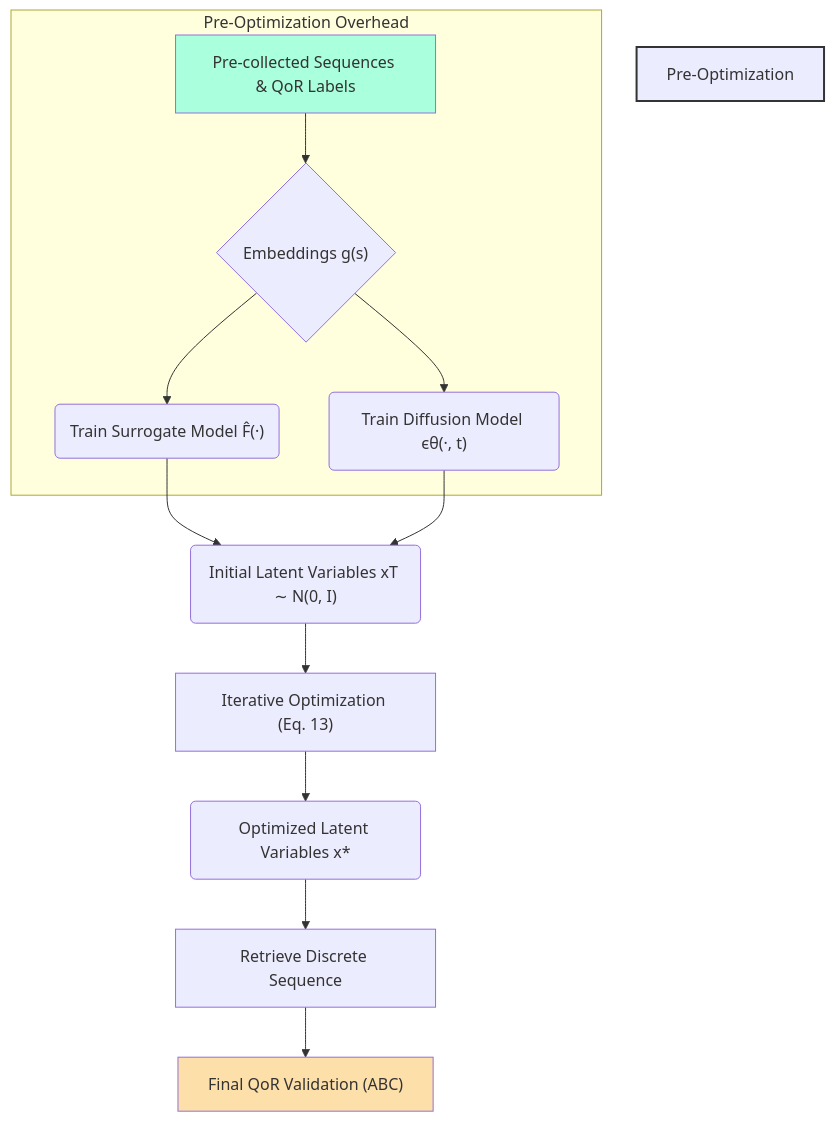
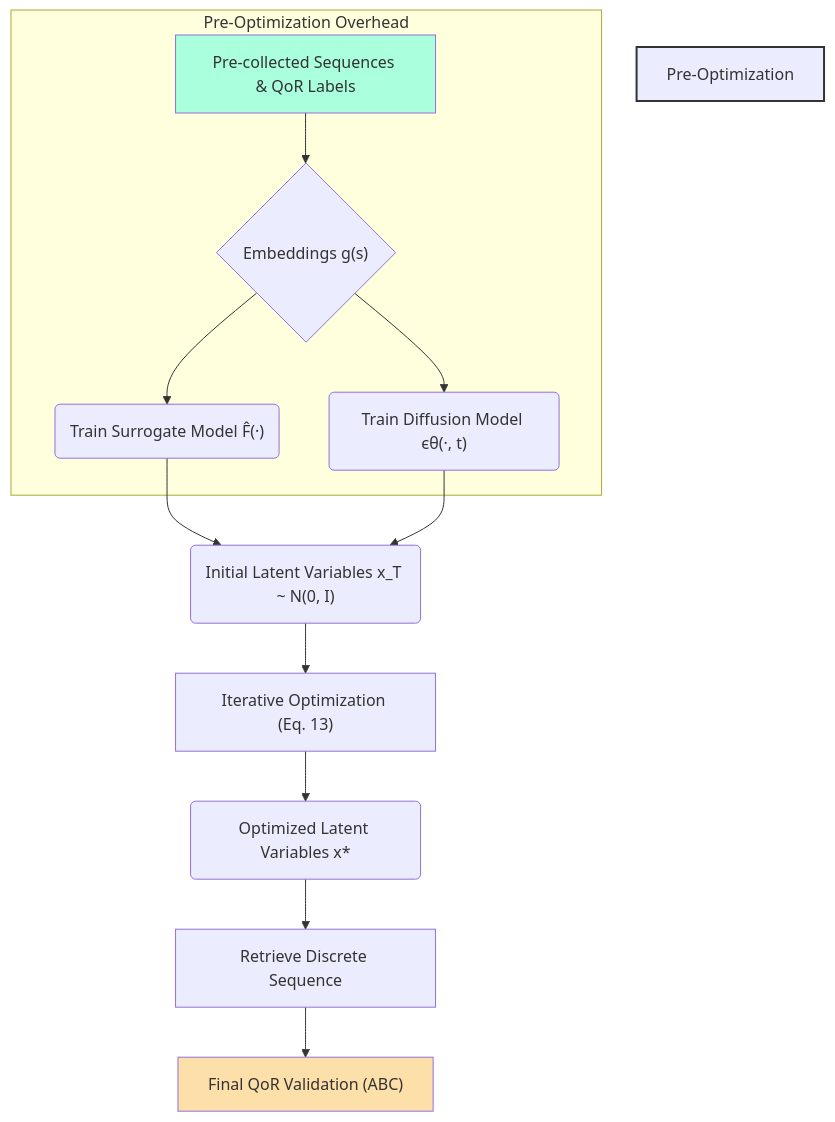
The first of 2 diagrams in idea/logic_optim.md (luk036/luk036.github.io), drawn with Mermaid before and after one commit. The commit also changed other lines of this file and 12 other files, not shown here.

````diff
--- a/idea/logic_optim.md
+++ b/idea/logic_optim.md
@@ -69,22 +69,22 @@
 ```mermaid
 graph TD
     A[Pre-collected Sequences & QoR Labels] --> B{"Embeddings g(s)"};
     B --> C("Train Surrogate Model F̂(·)");
     B --> D("Train Diffusion Model ϵθ(·, t)");
-    C & D --> E("Initial Latent Variables xT ∼ N(0, I)");
+    C & D -->     E("Initial Latent Variables x_T ~ N(0, I)");
     E --> F["Iterative Optimization (Eq. 13)"];
     F --> G(Optimized Latent Variables x*);
     G --> H[Retrieve Discrete Sequence];
     H --> I["Final QoR Validation (ABC)"];
 
     subgraph Pre-Optimization Overhead
         A
         B
         C
         D
     end
 
     style Pre-Optimization Overhead fill:#fdd,stroke:#333,stroke-width:2px
     style A fill:#aaffdd
     style I fill:#fddfaa
 ```
````
